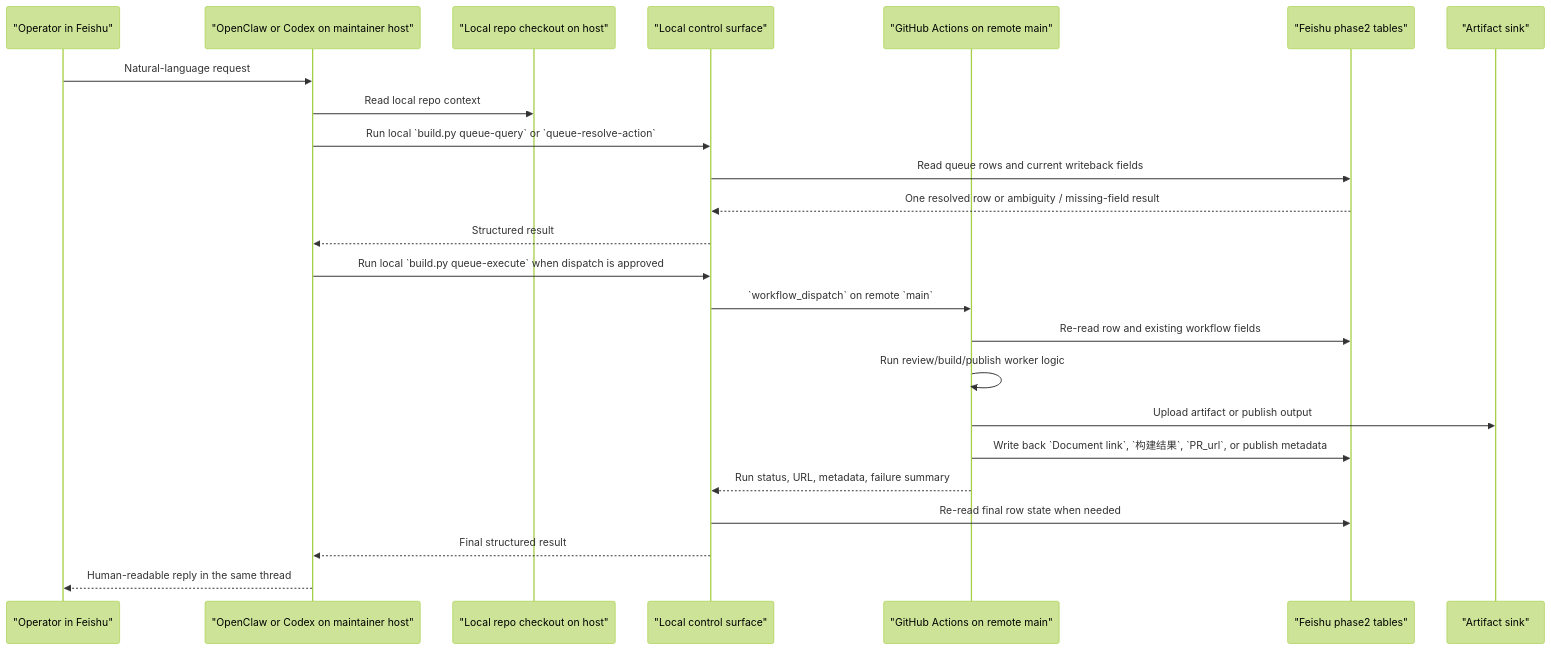
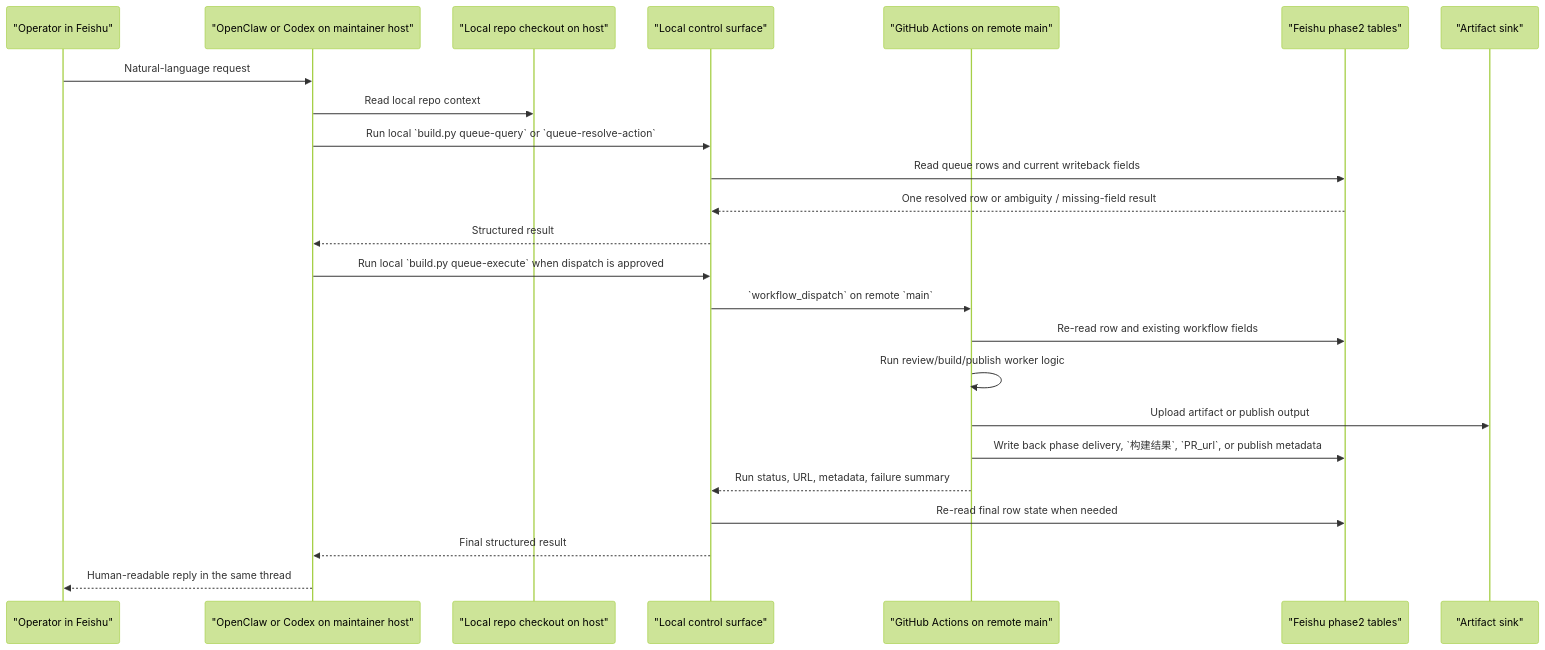
The second of 5 diagrams in code-as-doc/architecture/OpenClaw_Control_Layer_Plan.md (Bingboom/Hello-Docs), drawn with Mermaid (forest theme) before and after one commit. The commit also changed other lines of this file and 36 other files, not shown here.

````diff
--- a/code-as-doc/architecture/OpenClaw_Control_Layer_Plan.md
+++ b/code-as-doc/architecture/OpenClaw_Control_Layer_Plan.md
@@ -154,27 +155,27 @@
 ```mermaid
 sequenceDiagram
     participant OP as "Operator in Feishu"
     participant OC as "OpenClaw or Codex on maintainer host"
     participant LR as "Local repo checkout on host"
     participant CLI as "Local control surface"
     participant GH as "GitHub Actions on remote main"
     participant FT as "Feishu phase2 tables"
     participant FS as "Artifact sink"
 
     OP->>OC: Natural-language request
     OC->>LR: Read local repo context
     OC->>CLI: Run local `build.py queue-query` or `queue-resolve-action`
     CLI->>FT: Read queue rows and current writeback fields
     FT-->>CLI: One resolved row or ambiguity / missing-field result
     CLI-->>OC: Structured result
     OC->>CLI: Run local `build.py queue-execute` when dispatch is approved
     CLI->>GH: `workflow_dispatch` on remote `main`
     GH->>FT: Re-read row and existing workflow fields
     GH->>GH: Run review/build/publish worker logic
     GH->>FS: Upload artifact or publish output
-    GH->>FT: Write back `Document link`, `构建结果`, `PR_url`, or publish metadata
+    GH->>FT: Write back phase delivery, `构建结果`, `PR_url`, or publish metadata
     GH-->>CLI: Run status, URL, metadata, failure summary
     CLI->>FT: Re-read final row state when needed
     CLI-->>OC: Final structured result
     OC-->>OP: Human-readable reply in the same thread
 ```
````
